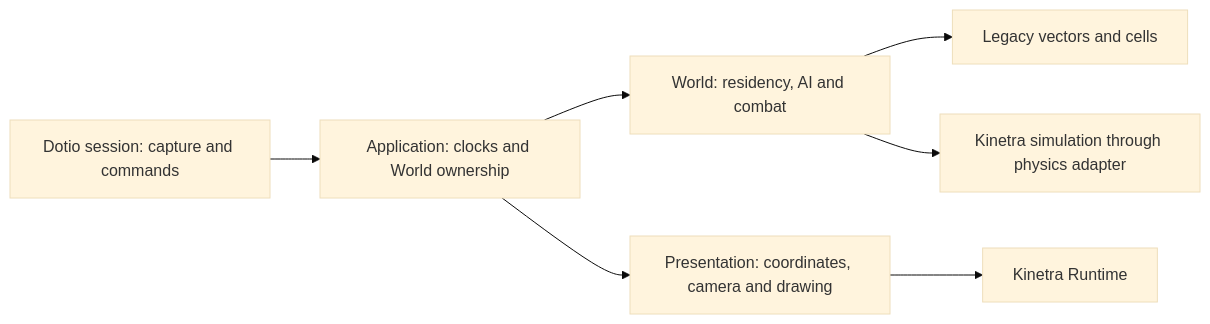
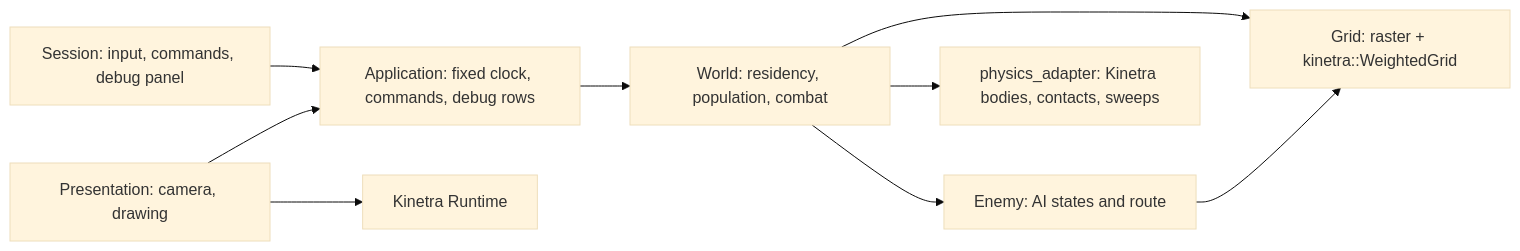
The first of 4 diagrams in labs/dotio/README.md (SMB-M87/Kinetra-Lab), drawn with Mermaid (base theme) before and after one commit. The commit also changed other lines of this file and 5 other files, not shown here.

First line of the commit message:
docs(dotio): rewrite the module README and fold in the architecture page

````diff
--- a/labs/dotio/README.md
+++ b/labs/dotio/README.md
@@ -24,9 +92,11 @@
 ```mermaid
 flowchart LR
-    Session["Dotio session: capture and commands"] --> App["Application: clocks and World ownership"]
-    App --> World["World: residency, AI and combat"]
-    World --> Math["Legacy vectors and cells"]
-    World --> Physics["Kinetra simulation through physics adapter"]
-    App --> Presentation["Presentation: coordinates, camera and drawing"]
+    Session["Session: input, commands, debug panel"] --> App["Application: fixed clock, commands, debug rows"]
+    App --> World["World: residency, population, combat"]
+    World --> Grid["Grid: raster + kinetra::WeightedGrid"]
+    World --> Enemy["Enemy: AI states and route"]
+    Enemy --> Grid
+    World --> Physics["physics_adapter: Kinetra bodies, contacts, sweeps"]
+    Presentation["Presentation: camera, drawing"] --> App
     Presentation --> Runtime["Kinetra Runtime"]
 ```
````
